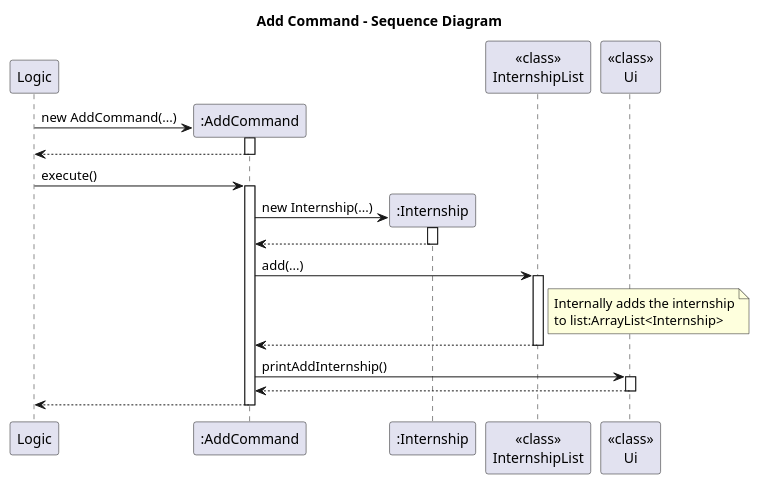
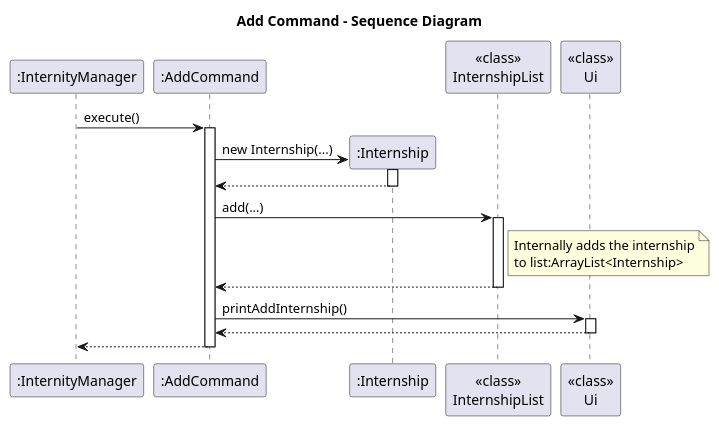
The diagram in docs/diagrams/AddCommandSD.puml (AY2526S1-CS2113-W14-4/tp), drawn with PlantUML before and after one commit. The commit also changed 15 other files, not shown here.

Commit message:
Fix more UML diagrams

```diff
--- a/docs/diagrams/AddCommandSD.puml
+++ b/docs/diagrams/AddCommandSD.puml
@@ -1,35 +1,31 @@
 @startuml
 title Add Command - Sequence Diagram
 
-participant Logic
+participant ":InternityManager" as Logic
 participant ":AddCommand" as AC
 participant ":Internship" as IN
 participant "<<class>>\nInternshipList" as IL
 participant "<<class>>\nUi" as Ui
-
-Logic -> AC**: new AddCommand(...)
-activate AC
-return
 
 Logic -> AC: execute()
 activate AC
 
 AC -> IN**: new Internship(...)
 activate IN
 return
 deactivate IN
 
 AC -> IL: add(...)
 activate IL
 note right of IL: Internally adds the internship\nto list:ArrayList<Internship>
 IL --> AC
 deactivate IL
 
 AC -> Ui: printAddInternship()
 activate Ui
 Ui --> AC
 deactivate Ui
 
 AC --> Logic
 deactivate AC
 @enduml
```
